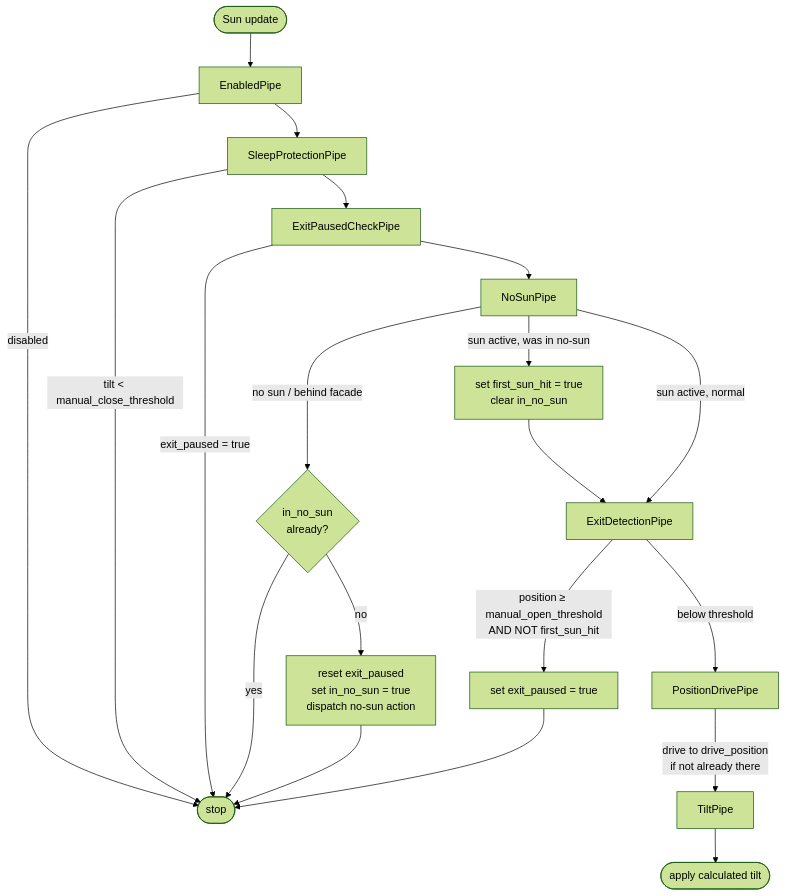
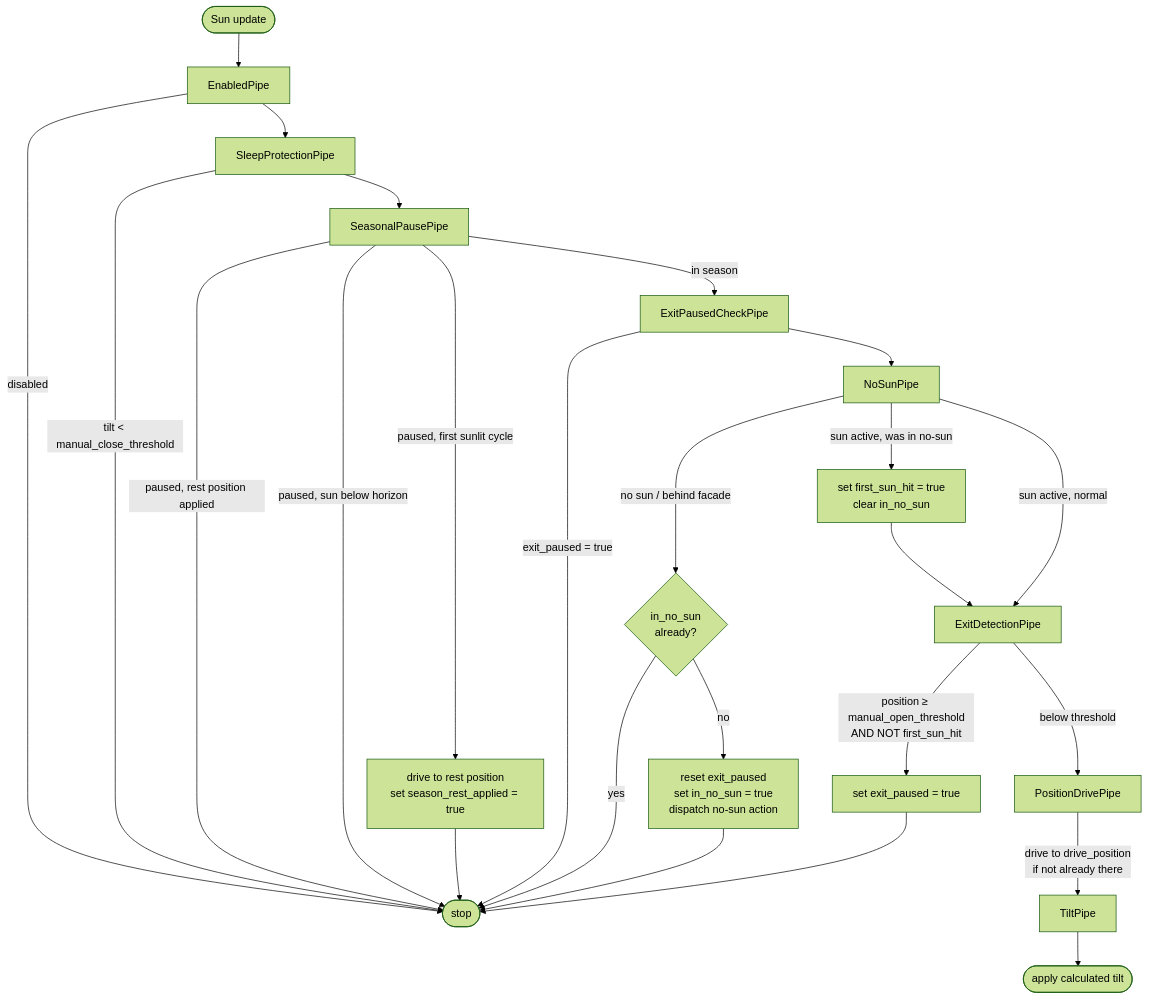
One commit to herpaderpaldent/ha-smart-venetian-blinds changed the diagram in docs/development/ARCHITECTURE.md. Above: the diagram before and after it, drawn with Mermaid (forest theme). The commit also changed other lines of this file and 22 other files, not shown here.

First line of the commit message:
feat: seasonal pause per window group

````diff
--- a/docs/development/ARCHITECTURE.md
+++ b/docs/development/ARCHITECTURE.md
@@ -124,24 +125,29 @@
 ```mermaid
 flowchart TD
     A([Sun update]) --> B[EnabledPipe]
     B -->|disabled| Z([stop])
     B --> C[SleepProtectionPipe]
     C -->|tilt &lt; manual_close_threshold| Z
-    C --> D[ExitPausedCheckPipe]
+    C --> S[SeasonalPausePipe]
+    S -->|"paused, rest position applied"| Z
+    S -->|"paused, sun below horizon"| Z
+    S -->|"paused, first sunlit cycle"| S1["drive to rest position<br/>set season_rest_applied = true"]
+    S1 --> Z
+    S -->|in season| D[ExitPausedCheckPipe]
     D -->|exit_paused = true| Z
     D --> E[NoSunPipe]
 
     E -->|sun active, was in no-sun| E1["set first_sun_hit = true<br/>clear in_no_sun"]
     E1 --> F
     E -->|sun active, normal| F[ExitDetectionPipe]
     E -->|no sun / behind facade| E2{"in_no_sun<br/>already?"}
     E2 -->|yes| Z
     E2 -->|no| E3["reset exit_paused<br/>set in_no_sun = true<br/>dispatch no-sun action"]
     E3 --> Z
 
     F -->|"position ≥ manual_open_threshold<br/>AND NOT first_sun_hit"| F1[set exit_paused = true]
     F1 --> Z
     F -->|below threshold| G[PositionDrivePipe]
     G -->|"drive to drive_position<br/>if not already there"| H[TiltPipe]
     H --> I([apply calculated tilt])
 ```
````
